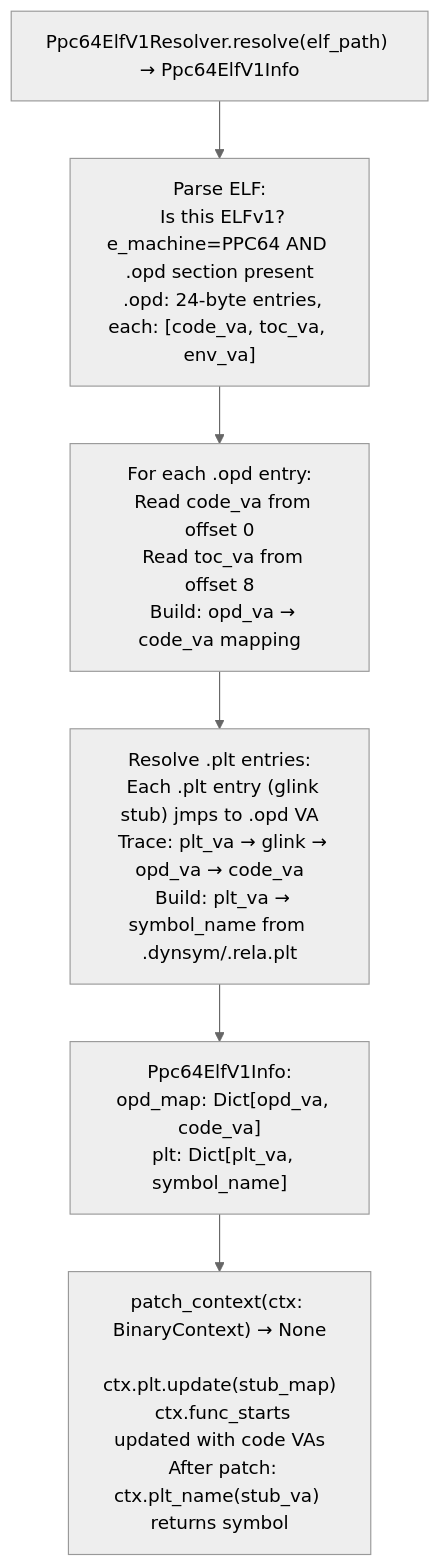
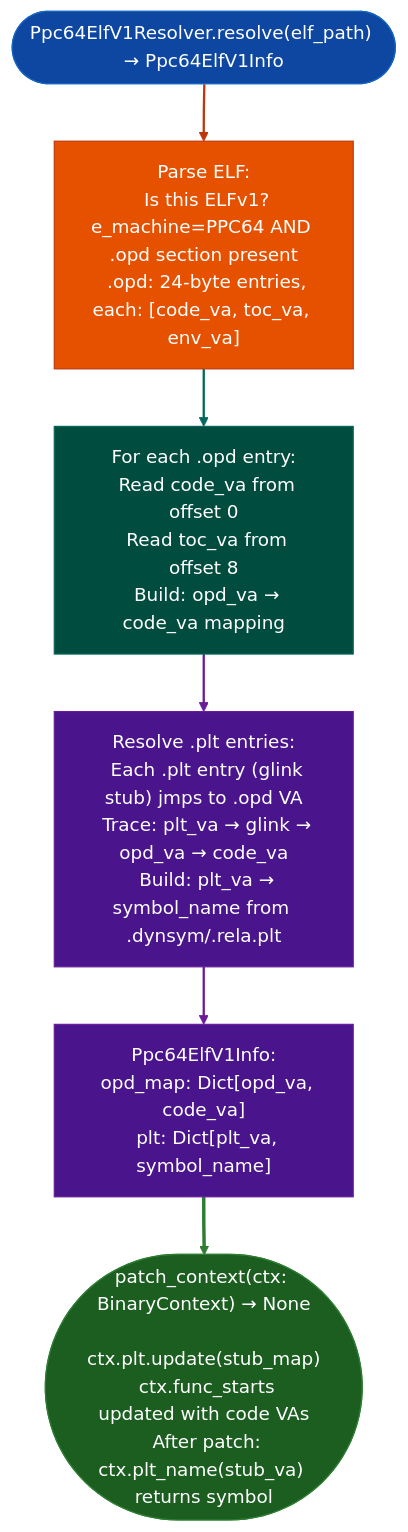
The diagram in docs/reference-modules/ppc64-elfv1-resolution.md (Ablation-Tool/ablation), drawn with Mermaid (neutral theme) before and after one commit. The commit also changed 320 other files, not shown here.

First line of the commit message:
docs: apply canonical Mermaid template to all 321 diagrams

````diff
--- a/docs/reference-modules/ppc64-elfv1-resolution.md
+++ b/docs/reference-modules/ppc64-elfv1-resolution.md
@@ -19,8 +19,19 @@
 ```mermaid
 flowchart TD
-    A["Ppc64ElfV1Resolver.resolve(elf_path) → Ppc64ElfV1Info"] --> B["Parse ELF:\n  Is this ELFv1? e_machine=PPC64 AND .opd section present\n  .opd: 24-byte entries, each: [code_va, toc_va, env_va]"]
-    B --> C["For each .opd entry:\n  Read code_va from offset 0\n  Read toc_va from offset 8\n  Build: opd_va → code_va mapping"]
-    C --> D["Resolve .plt entries:\n  Each .plt entry (glink stub) jmps to .opd VA\n  Trace: plt_va → glink → opd_va → code_va\n  Build: plt_va → symbol_name from .dynsym/.rela.plt"]
-    D --> E["Ppc64ElfV1Info:\n  opd_map: Dict[opd_va, code_va]\n  plt: Dict[plt_va, symbol_name]"]
-    E --> F["patch_context(ctx: BinaryContext) → None\n  ctx.plt.update(stub_map)\n  ctx.func_starts updated with code VAs\n  After patch: ctx.plt_name(stub_va) returns symbol"]
+    A(["Ppc64ElfV1Resolver.resolve(elf_path) → Ppc64ElfV1Info"]):::input --> B["Parse ELF:\n  Is this ELFv1? e_machine=PPC64 AND .opd section present\n  .opd: 24-byte entries, each: [code_va, toc_va, env_va]"]:::primary
+    B:::primary --> C["For each .opd entry:\n  Read code_va from offset 0\n  Read toc_va from offset 8\n  Build: opd_va → code_va mapping"]:::secondary
+    C:::secondary --> D["Resolve .plt entries:\n  Each .plt entry (glink stub) jmps to .opd VA\n  Trace: plt_va → glink → opd_va → code_va\n  Build: plt_va → symbol_name from .dynsym/.rela.plt"]:::tertiary
+    D:::tertiary --> E["Ppc64ElfV1Info:\n  opd_map: Dict[opd_va, code_va]\n  plt: Dict[plt_va, symbol_name]"]:::tertiary
+    E:::tertiary --> F(["patch_context(ctx: BinaryContext) → None\n  ctx.plt.update(stub_map)\n  ctx.func_starts updated with code VAs\n  After patch: ctx.plt_name(stub_va) returns symbol"]):::output
+    classDef input     fill:#0d47a1,stroke:#1565c0,color:#fff
+    classDef primary   fill:#e65100,stroke:#bf360c,color:#fff
+    classDef secondary fill:#004d40,stroke:#00695c,color:#fff
+    classDef tertiary  fill:#4a148c,stroke:#6a1b9a,color:#fff
+    classDef neutral   fill:#37474f,stroke:#546e7a,color:#fff
+    classDef output    fill:#1b5e20,stroke:#2e7d32,color:#fff
+    linkStyle 0 stroke:#bf360c,stroke-width:2px
+    linkStyle 1 stroke:#00695c,stroke-width:2px
+    linkStyle 2 stroke:#6a1b9a,stroke-width:2px
+    linkStyle 3 stroke:#6a1b9a,stroke-width:2px
+    linkStyle 4 stroke:#2e7d32,stroke-width:3px
 ```
````
